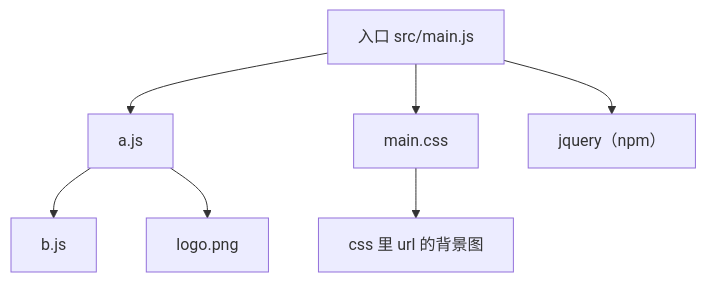
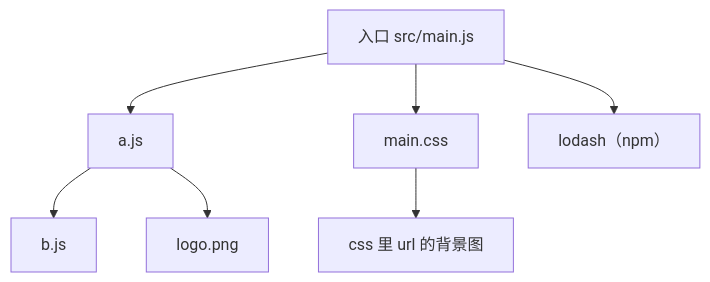
The second of 14 diagrams in content/posts/frontend-build-tools-evolution.mdx (Jaxon1216/homepage), drawn with Mermaid before and after one commit. The commit also changed other lines of this file and 4 other files, not shown here.

````diff
--- a/content/posts/frontend-build-tools-evolution.mdx
+++ b/content/posts/frontend-build-tools-evolution.mdx
@@ -265,9 +203,9 @@
 ```mermaid
 flowchart TB
   E["入口 src/main.js"] --> A["a.js"]
   E --> CSS["main.css"]
   A --> B["b.js"]
   A --> IMG["logo.png"]
-  E --> JQ["jquery（npm）"]
+  E --> LIB["lodash（npm）"]
   CSS --> BG["css 里 url 的背景图"]
 ```
````
